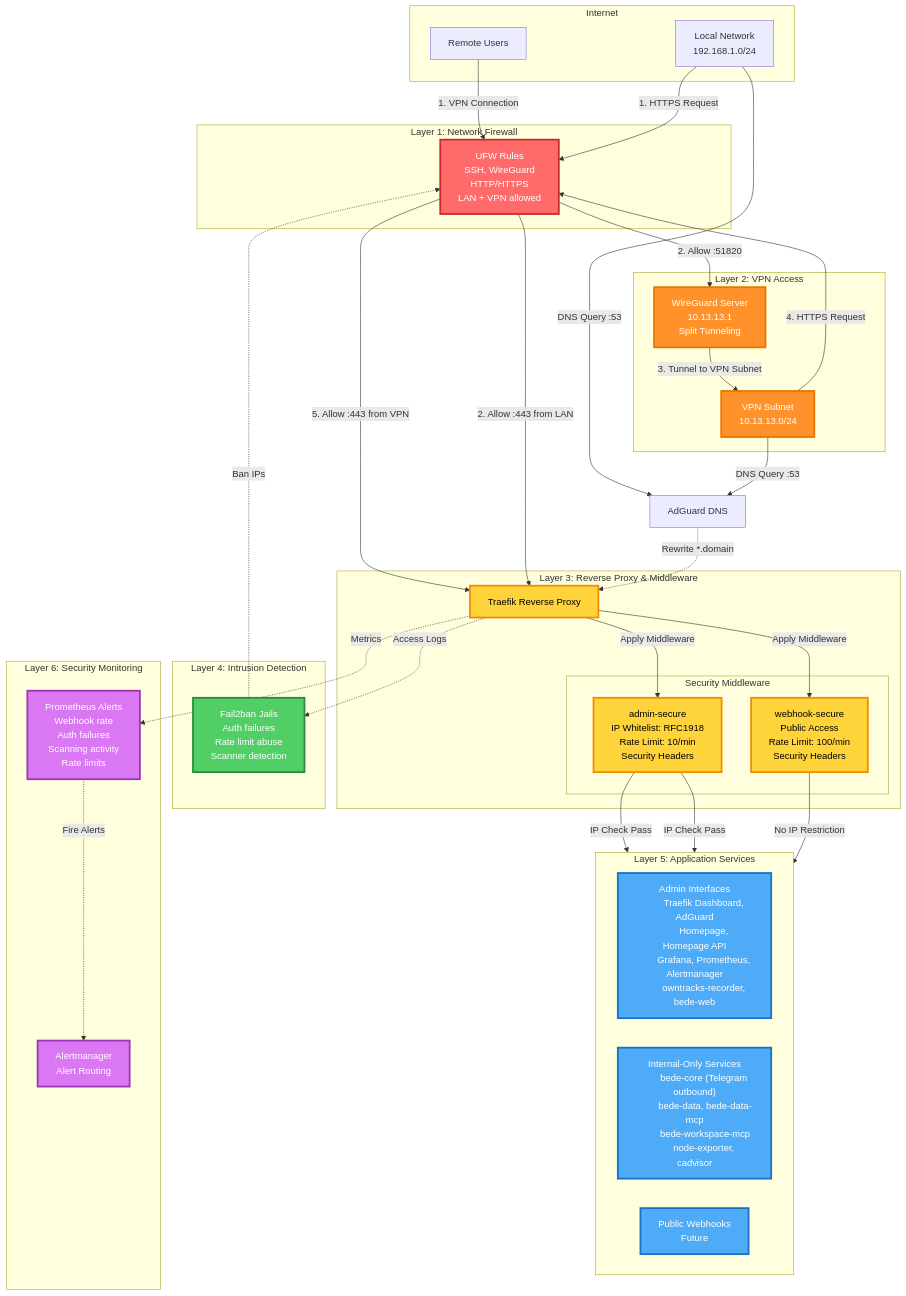
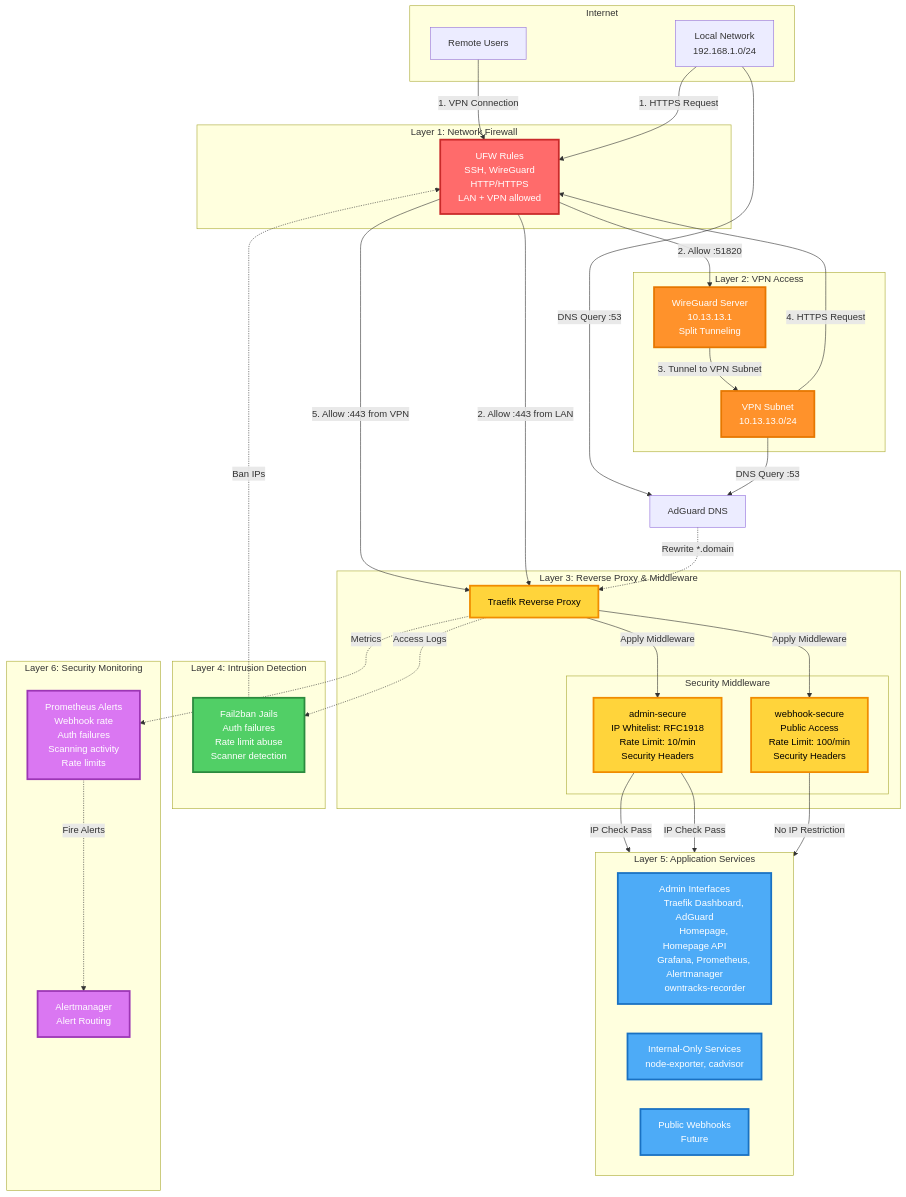
One commit to josephradford/home-server-stack changed the second of 5 diagrams in ARCHITECTURE.md. Above: the diagram before and after it, drawn with Mermaid. The commit also changed other lines of this file and 4 other files, not shown here.

```diff
--- a/ARCHITECTURE.md
+++ b/ARCHITECTURE.md
@@ -250,11 +216,8 @@
         Traefik Dashboard, AdGuard
         Homepage, Homepage API
         Grafana, Prometheus, Alertmanager
-        owntracks-recorder, bede-web"]
+        owntracks-recorder"]
         Internal["Internal-Only Services
-        bede-core (Telegram outbound)
-        bede-data, bede-data-mcp
-        bede-workspace-mcp
         node-exporter, cadvisor"]
         Webhooks["Public Webhooks
         Future"]
```
